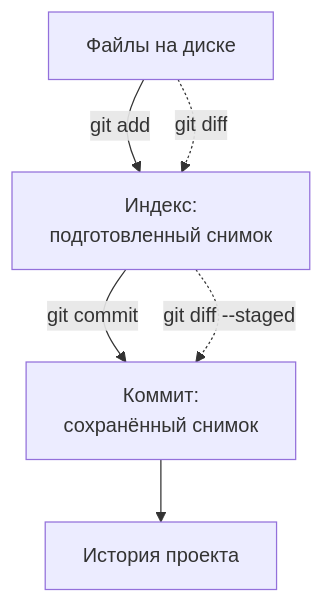
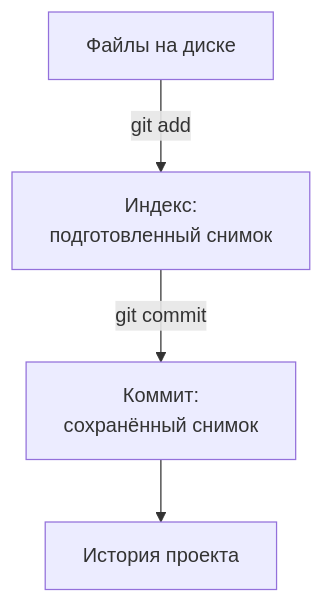
The first of 3 diagrams in 03-git/01-git-basics.md (distinguished-sre/load-tester), drawn with Mermaid before and after one commit. The commit also changed other lines of this file and 1 other file, not shown here.

````diff
--- a/03-git/01-git-basics.md
+++ b/03-git/01-git-basics.md
@@ -31,8 +33,6 @@
 ```mermaid
 flowchart TD
     W["Файлы на диске"] -->|"git add"| I["Индекс:<br/>подготовленный снимок"]
     I -->|"git commit"| C["Коммит:<br/>сохранённый снимок"]
     C --> H["История проекта"]
-    W -.->|"git diff"| I
-    I -.->|"git diff --staged"| C
 ```
````
